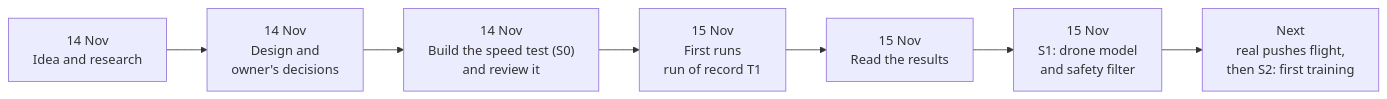
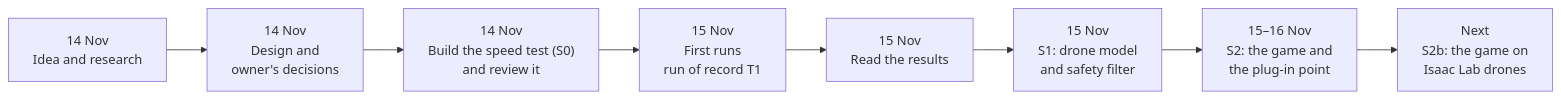
Before and after one commit to AI-DA-STC/AirStack-starling-max2: the diagram in svg_training/docs/WHAT_WE_DID.md, drawn with Mermaid. The commit also changed other lines of this file and 7 other files, not shown here.

````diff
--- a/svg_training/docs/WHAT_WE_DID.md
+++ b/svg_training/docs/WHAT_WE_DID.md
@@ -10,9 +10,10 @@
 ```mermaid
 flowchart LR
   A["14 Nov<br/>Idea and research"] --> B["14 Nov<br/>Design and<br/>owner's decisions"]
   B --> C["14 Nov<br/>Build the speed test (S0)<br/>and review it"]
   C --> D["15 Nov<br/>First runs<br/>run of record T1"]
   D --> E["15 Nov<br/>Read the results"]
   E --> F["15 Nov<br/>S1: drone model<br/>and safety filter"]
-  F --> G["Next<br/>real pushes flight,<br/>then S2: first training"]
+  F --> G["15–16 Nov<br/>S2: the game and<br/>the plug-in point"]
+  G --> H["Next<br/>S2b: the game on<br/>Isaac Lab drones"]
 ```
````
